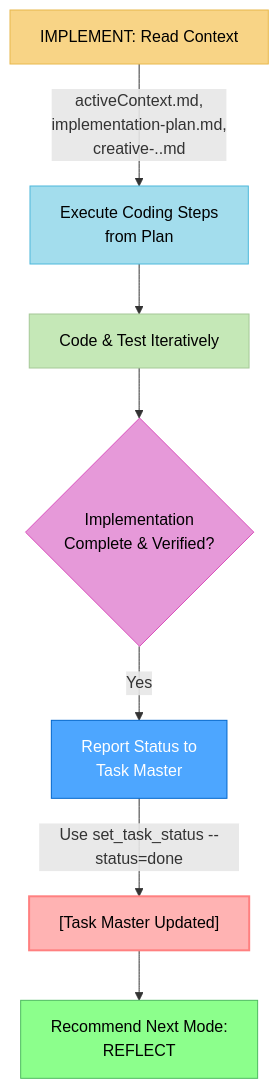
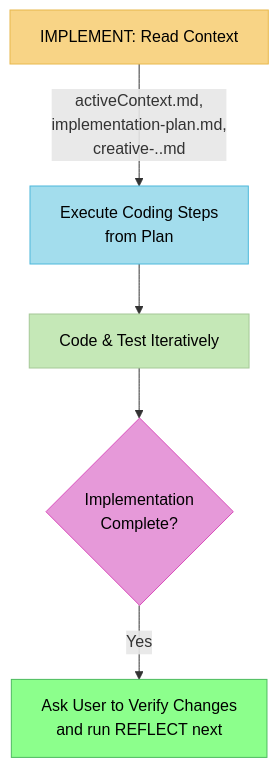
The diagram in custom_modes/implement_instructions.md (An3Dev/memory-bank), drawn with Mermaid before and after one commit. The commit also changed other lines of this file and 2 other files, not shown here.

````diff
--- a/custom_modes/implement_instructions.md
+++ b/custom_modes/implement_instructions.md
@@ -5,21 +5,16 @@
 ```mermaid
 graph TD
     Start["IMPLEMENT: Read Context"] --> |"activeContext.md,<br>implementation-plan.md,<br>creative-..md"| ExecutePlan["Execute Coding Steps<br>from Plan"]
     
     ExecutePlan --> CodeAndTest["Code & Test Iteratively"]
-    CodeAndTest --> VerifyComplete{"Implementation<br>Complete & Verified?"}
+    CodeAndTest --> VerifyComplete{"Implementation<br>Complete?"}
     
-    VerifyComplete --> |"Yes"| ReportStatus["Report Status to<br>Task Master"]
-    ReportStatus --> |"Use set_task_status --status=done"| TaskMasterUpdate["[Task Master Updated]"]
-    
-    TaskMasterUpdate --> RecommendNext["Recommend Next Mode:<br>REFLECT"]
+    VerifyComplete --> |"Yes"| AskForVerification["Ask User to Verify Changes<br>and run REFLECT next"]
     
     %% Styling
     style Start fill:#f8d486,stroke:#e8b84d,color:black
     style ExecutePlan fill:#a3dded,stroke:#4db8db,color:black
     style CodeAndTest fill:#c5e8b7,stroke:#a5c897,color:black
     style VerifyComplete fill:#e699d9,stroke:#d94dbb,color:black
-    style ReportStatus fill:#4da6ff,stroke:#0066cc,color:white
-    style TaskMasterUpdate fill:#ffb3b3,stroke:#ff8080,color:black,stroke-width:2px
-    style RecommendNext fill:#8cff8c,stroke:#4dbb5f,color:black
+    style AskForVerification fill:#8cff8c,stroke:#4dbb5f,color:black
 ```
````
